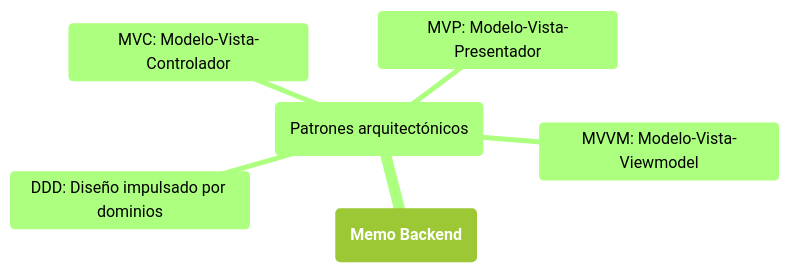
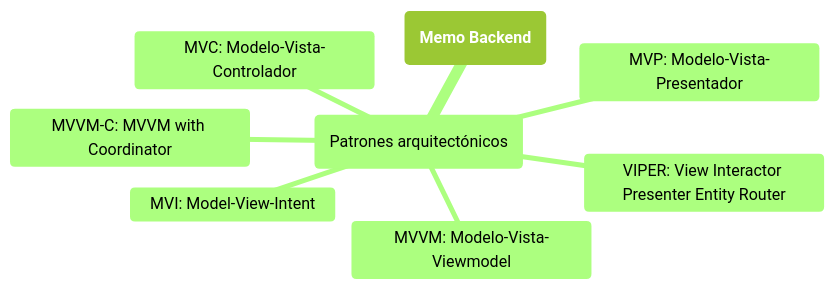
The third of 4 diagrams in pages/mapamental.md (urrestarazu-alejandro/memo-backend), drawn with Mermaid (forest theme) before and after one commit. The commit also changed other lines of this file, not shown here.

````diff
--- a/pages/mapamental.md
+++ b/pages/mapamental.md
@@ -78,11 +78,13 @@
 ```mermaid
 mindmap
   root("`**Memo Backend**`")
   ::icon(fas fa-memory)
     id(Patrones arquitectónicos)
     ::icon(fas fa-igloo)
         MVP: Modelo-Vista-Presentador
         MVC: Modelo-Vista-Controlador
         MVVM: Modelo-Vista-Viewmodel
-        DDD: Diseño impulsado por dominios
+        MVVM-C: MVVM with Coordinator
+        MVI: Model-View-Intent
+        VIPER: View Interactor Presenter Entity Router
 ```  
````
